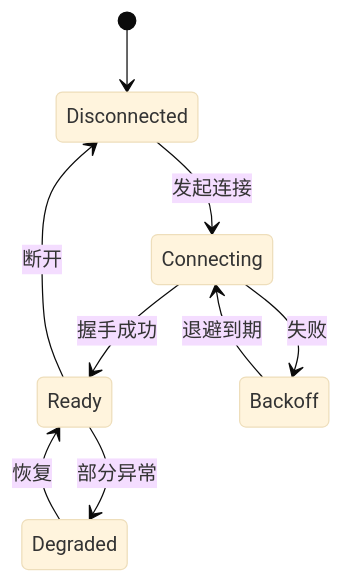
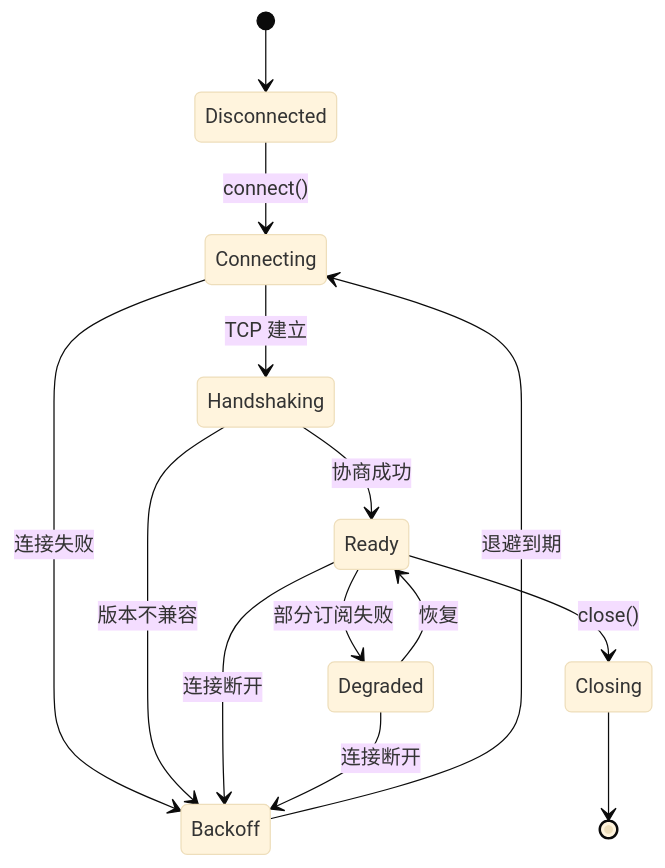
One commit to cavemancave/mw-study changed the seventh of 9 diagrams in docs/chapter10.md. Above: the diagram before and after it, drawn with Mermaid (base theme). The commit also changed other lines of this file, not shown here.

````diff
--- a/docs/chapter10.md
+++ b/docs/chapter10.md
@@ -90,11 +677,16 @@
 ```mermaid
 stateDiagram-v2
     [*] --> Disconnected
-    Disconnected --> Connecting: 发起连接
-    Connecting --> Ready: 握手成功
-    Connecting --> Backoff: 失败
-    Ready --> Degraded: 部分异常
+    Disconnected --> Connecting: connect()
+    Connecting --> Handshaking: TCP 建立
+    Connecting --> Backoff: 连接失败
+    Handshaking --> Ready: 协商成功
+    Handshaking --> Backoff: 版本不兼容
+    Ready --> Degraded: 部分订阅失败
     Degraded --> Ready: 恢复
-    Ready --> Disconnected: 断开
+    Ready --> Backoff: 连接断开
+    Degraded --> Backoff: 连接断开
     Backoff --> Connecting: 退避到期
+    Ready --> Closing: close()
+    Closing --> [*]
 ```
````
